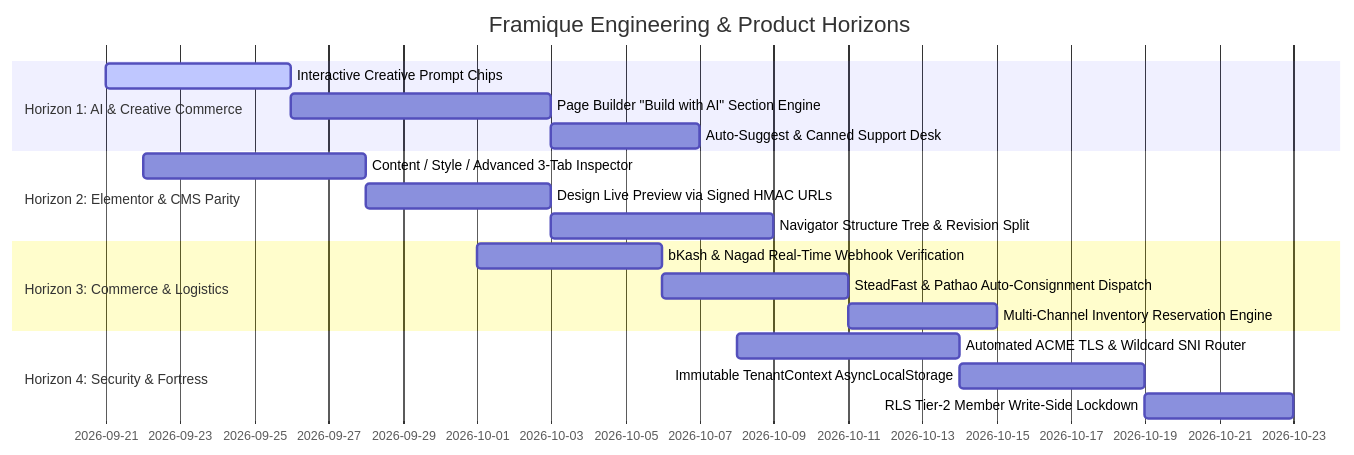
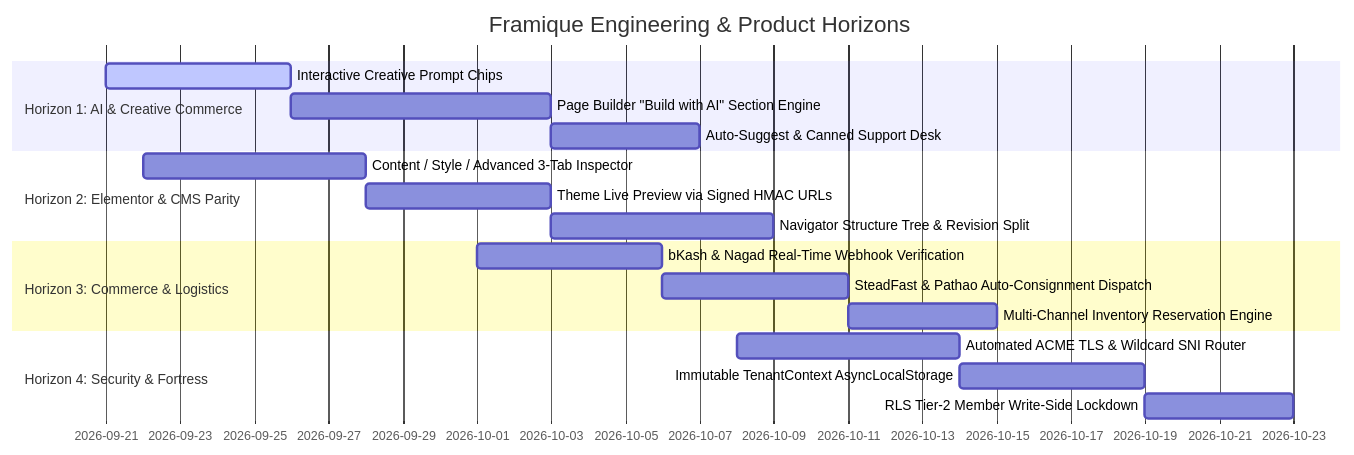
One commit to devrahmanbd/frame30 changed the diagram in ROADMAP.md. Above: the diagram before and after it, drawn with Mermaid. The commit also changed other lines of this file and 206 other files, not shown here.

````diff
--- a/ROADMAP.md
+++ b/ROADMAP.md
@@ -9,21 +9,21 @@
 ```mermaid
 gantt
     title Framique Engineering & Product Horizons
     dateFormat  YYYY-MM-DD
     section Horizon 1: AI & Creative Commerce
     Interactive Creative Prompt Chips           :active, h1_1, 2026-09-21, 5d
     Page Builder "Build with AI" Section Engine :h1_2, after h1_1, 7d
     Auto-Suggest & Canned Support Desk          :h1_3, after h1_2, 4d
     section Horizon 2: Elementor & CMS Parity
     Content / Style / Advanced 3-Tab Inspector  :h2_1, 2026-09-22, 6d
-    Design Live Preview via Signed HMAC URLs     :h2_2, after h2_1, 5d
+    Theme Live Preview via Signed HMAC URLs     :h2_2, after h2_1, 5d
     Navigator Structure Tree & Revision Split   :h2_3, after h2_2, 6d
     section Horizon 3: Commerce & Logistics
     bKash & Nagad Real-Time Webhook Verification:h3_1, 2026-10-01, 5d
     SteadFast & Pathao Auto-Consignment Dispatch:h3_2, after h3_1, 5d
     Multi-Channel Inventory Reservation Engine  :h3_3, after h3_2, 4d
     section Horizon 4: Security & Fortress
     Automated ACME TLS & Wildcard SNI Router   :h4_1, 2026-10-08, 6d
     Immutable TenantContext AsyncLocalStorage   :h4_2, after h4_1, 5d
     RLS Tier-2 Member Write-Side Lockdown       :h4_3, after h4_2, 4d
 ```
````
